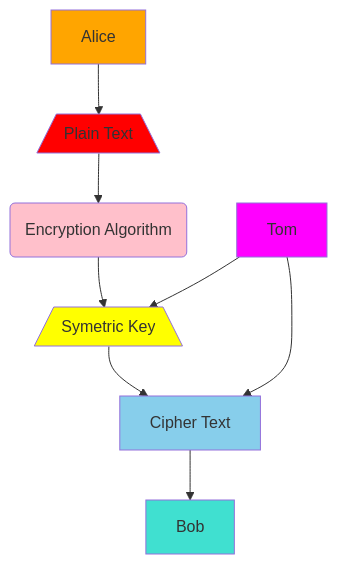
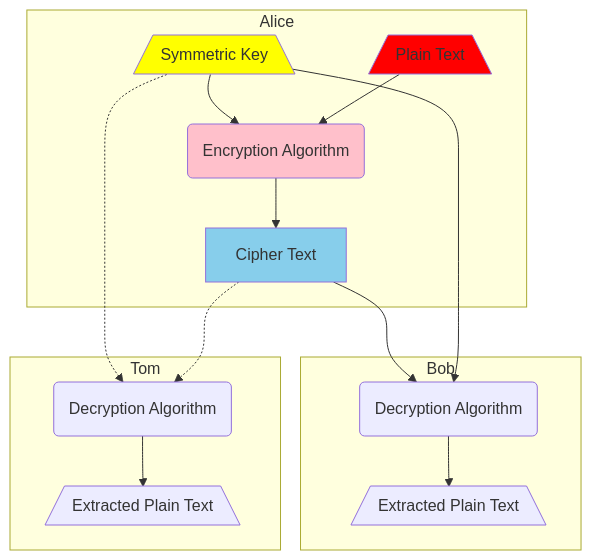
One commit to fialovescoding/transform-crypto changed the second of 4 diagrams in learn/README.md. Above: the diagram before and after it, drawn with Mermaid. The commit also changed other lines of this file, not shown here.

````diff
--- a/learn/README.md
+++ b/learn/README.md
@@ -52,24 +63,31 @@
 ``` mermaid
 flowchart
-    a[Alice]
-    b[Bob]
-    t[Tom]
-    p[/Plain Text\]
-    sk[/Symetric Key\]
-    ena(Encryption Algorithm)
-    c[Cipher Text]
-    a --> p 
-    ena --> sk
-    sk --> c
-    p --> ena
-    c --> b
-    t --> sk
-    t --> c
-    style a fill:orange
-    style b fill:turquoise
+    subgraph Alice
+        p[/Plain Text\]
+        sk[/Symmetric Key\]
+        ena(Encryption Algorithm)
+        c[Cipher Text]
+    
+        sk --> ena
+        p --> ena --> c
+    end
+
+    subgraph Bob
+        dca(Decryption Algorithm)
+        c --> dca
+        sk --> dca --> ep
+        ep[/Extracted Plain Text\]
+    end
+    
+    subgraph Tom
+        dcab(Decryption Algorithm)
+        sk -.-> dcab
+        c -.-> dcab --> ept
+        ept[/Extracted Plain Text\]
+    end
+
     style p fill:red
-    style t fill:magenta
     style sk fill:yellow
     style ena fill:pink
     style c fill:skyblue
 ```
````
